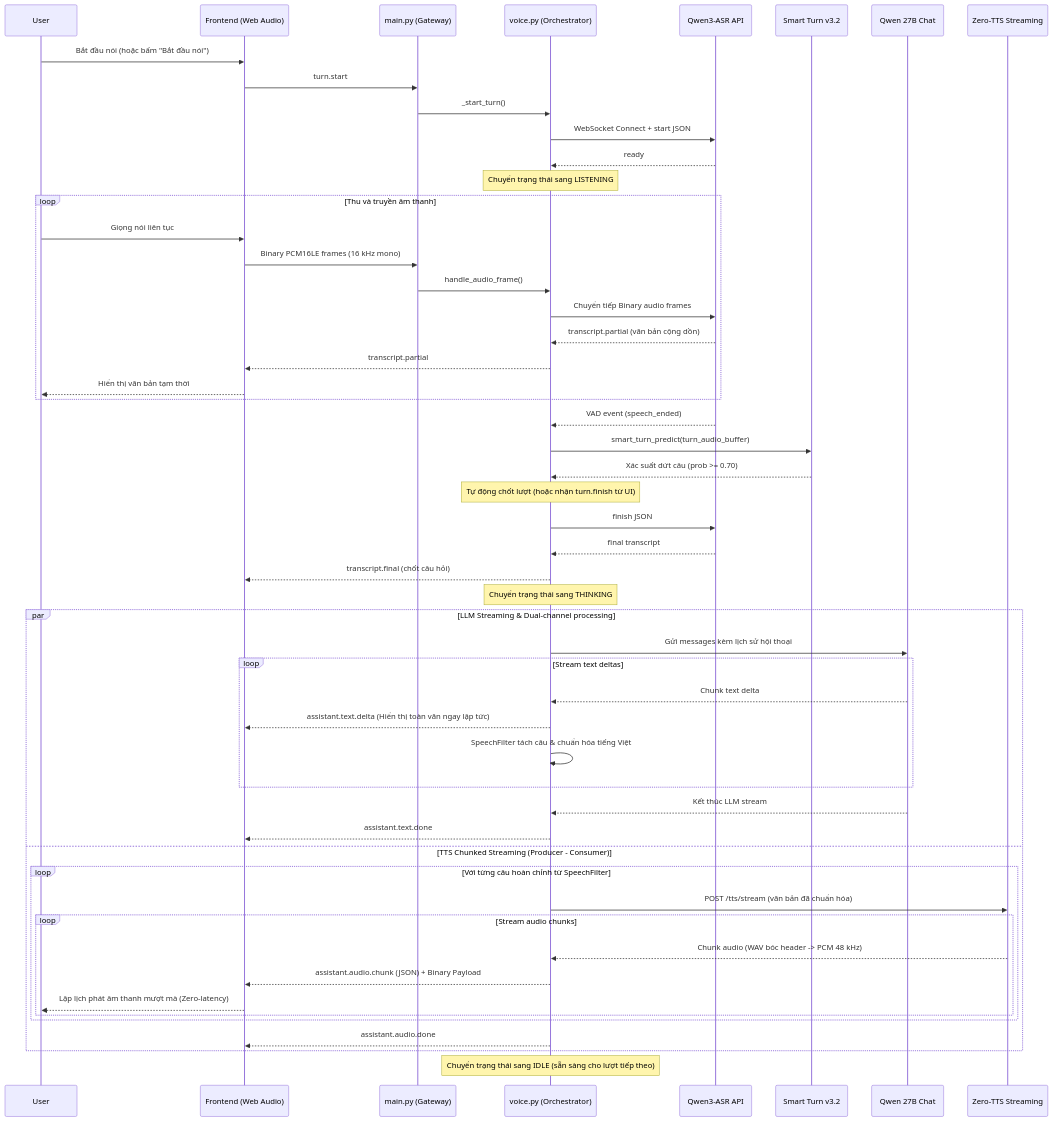
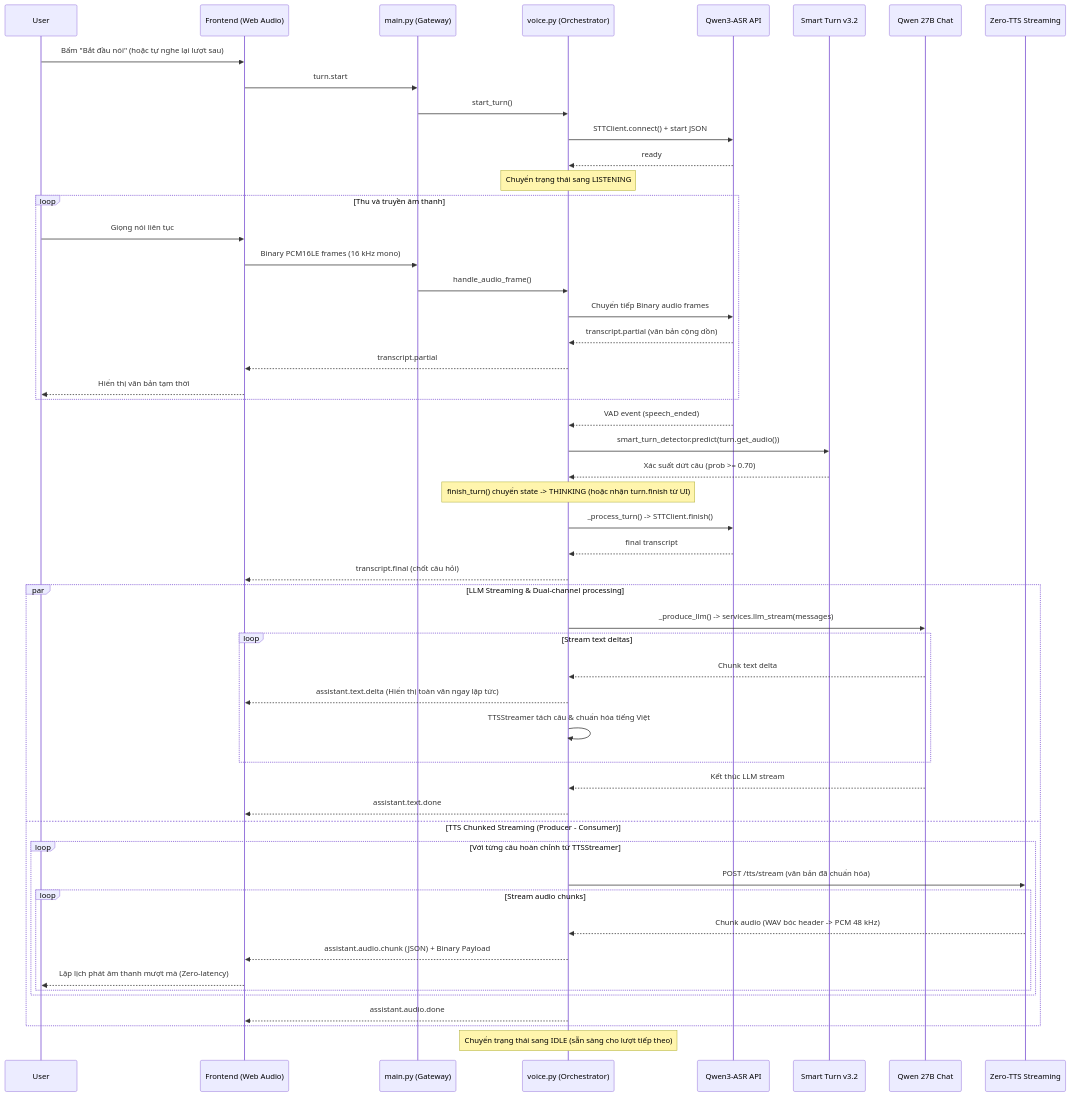
The first of 3 diagrams in docs/02_voice_flow.md (dinhhthanhh/voicebot), drawn with Mermaid before and after one commit. The commit also changed other lines of this file and 15 other files, not shown here.

First line of the commit message:
Refactor backend/frontend architecture, fix edge cases, and sync docs/tests

````diff
--- a/docs/02_voice_flow.md
+++ b/docs/02_voice_flow.md
@@ -19,61 +19,60 @@
 ``` mermaid
 sequenceDiagram
     participant U as User
     participant FE as Frontend (Web Audio)
     participant GW as main.py (Gateway)
     participant VC as voice.py (Orchestrator)
     participant STT as Qwen3-ASR API
     participant TURN as Smart Turn v3.2
     participant LLM as Qwen 27B Chat
     participant TTS as Zero-TTS Streaming
 
-    U->>FE: Bắt đầu nói (hoặc bấm "Bắt đầu nói")
+    U->>FE: Bấm "Bắt đầu nói" (hoặc tự nghe lại lượt sau)
     FE->>GW: turn.start
-    GW->>VC: _start_turn()
-    VC->>STT: WebSocket Connect + start JSON
+    GW->>VC: start_turn()
+    VC->>STT: STTClient.connect() + start JSON
     STT-->>VC: ready
     Note over VC: Chuyển trạng thái sang LISTENING
 
     loop Thu và truyền âm thanh
         U->>FE: Giọng nói liên tục
         FE->>GW: Binary PCM16LE frames (16 kHz mono)
         GW->>VC: handle_audio_frame()
         VC->>STT: Chuyển tiếp Binary audio frames
         STT-->>VC: transcript.partial (văn bản cộng dồn)
         VC-->>FE: transcript.partial
         FE-->>U: Hiển thị văn bản tạm thời
     end
 
     STT-->>VC: VAD event (speech_ended)
-    VC->>TURN: smart_turn_predict(turn_audio_buffer)
+    VC->>TURN: smart_turn_detector.predict(turn.get_audio())
     TURN-->>VC: Xác suất dứt câu (prob >= 0.70)
-    Note over VC: Tự động chốt lượt (hoặc nhận turn.finish từ UI)
+    Note over VC: finish_turn() chuyển state -> THINKING (hoặc nhận turn.finish từ UI)
 
-    VC->>STT: finish JSON
+    VC->>STT: _process_turn() -> STTClient.finish()
     STT-->>VC: final transcript
     VC-->>FE: transcript.final (chốt câu hỏi)
-    Note over VC: Chuyển trạng thái sang THINKING
 
     par LLM Streaming & Dual-channel processing
-        VC->>LLM: Gửi messages kèm lịch sử hội thoại
+        VC->>LLM: _produce_llm() -> services.llm_stream(messages)
         loop Stream text deltas
             LLM-->>VC: Chunk text delta
             VC-->>FE: assistant.text.delta (Hiển thị toàn văn ngay lập tức)
-            VC->>VC: SpeechFilter tách câu & chuẩn hóa tiếng Việt
+            VC->>VC: TTSStreamer tách câu & chuẩn hóa tiếng Việt
         end
         LLM-->>VC: Kết thúc LLM stream
         VC-->>FE: assistant.text.done
     and TTS Chunked Streaming (Producer - Consumer)
-        loop Với từng câu hoàn chỉnh từ SpeechFilter
+        loop Với từng câu hoàn chỉnh từ TTSStreamer
             VC->>TTS: POST /tts/stream (văn bản đã chuẩn hóa)
             loop Stream audio chunks
                 TTS-->>VC: Chunk audio (WAV bóc header -> PCM 48 kHz)
                 VC-->>FE: assistant.audio.chunk (JSON) + Binary Payload
                 FE-->>U: Lập lịch phát âm thanh mượt mà (Zero-latency)
             end
         end
         VC-->>FE: assistant.audio.done
     end
 
     Note over VC: Chuyển trạng thái sang IDLE (sẵn sàng cho lượt tiếp theo)
 ```
````
